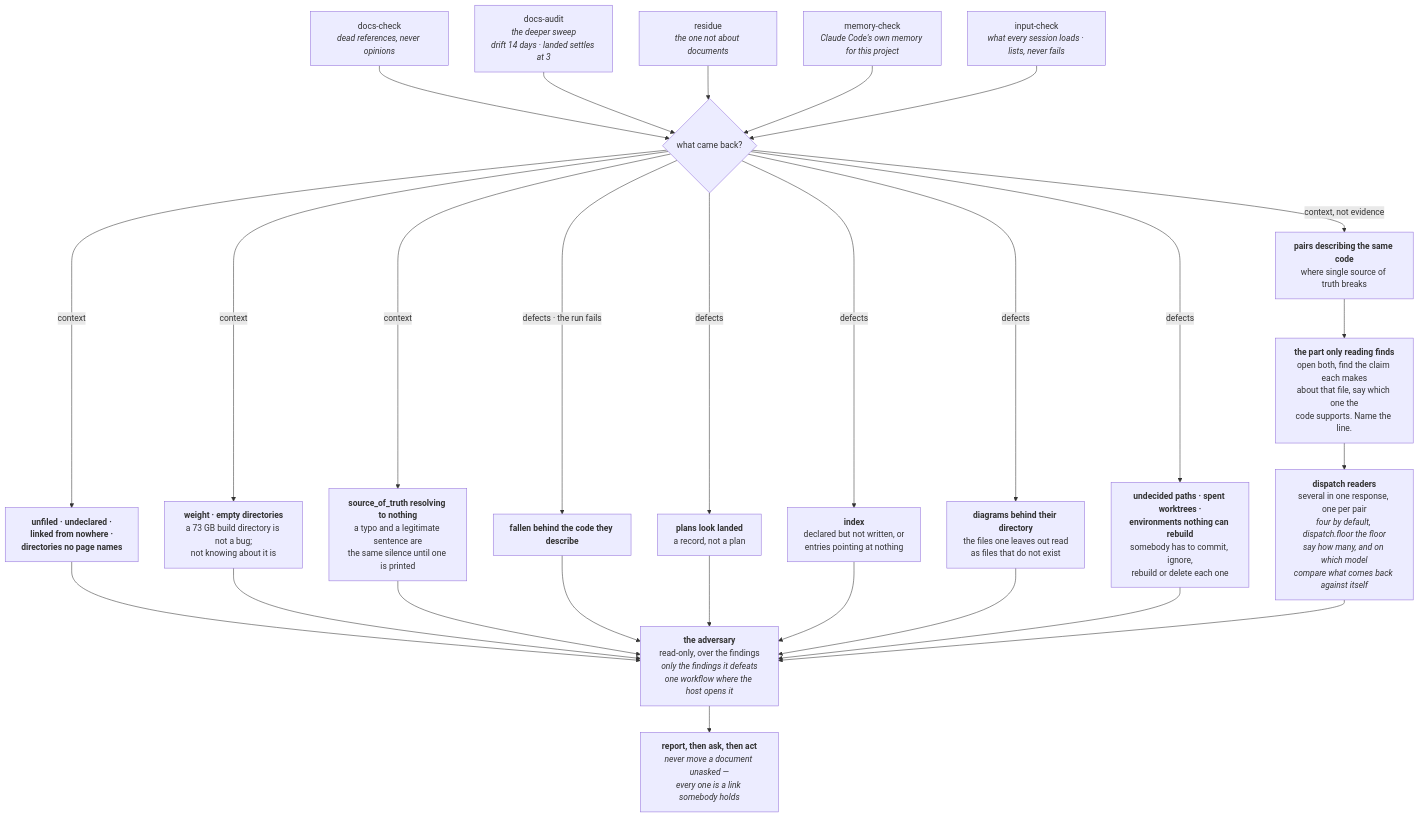
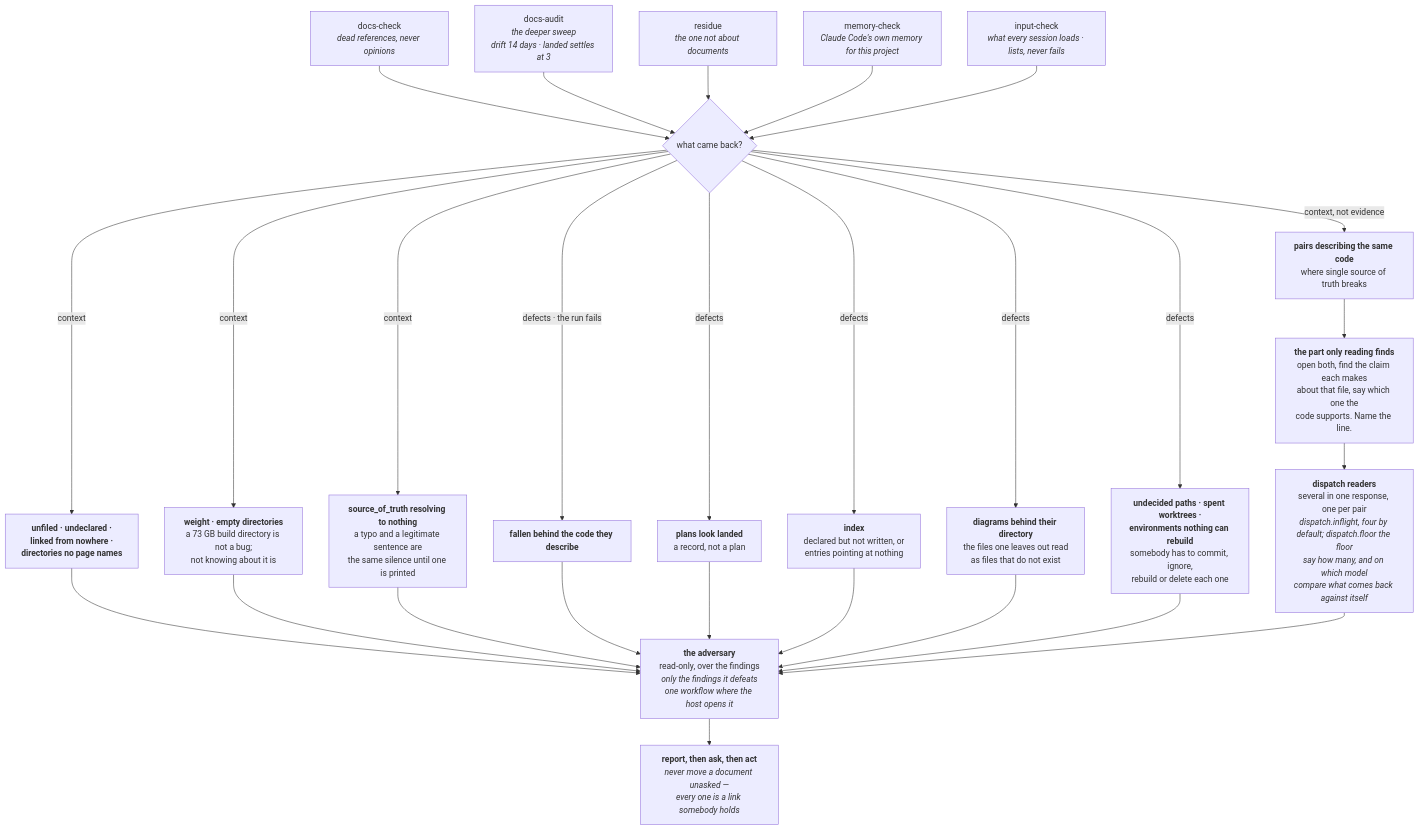
Before and after one commit to FanFantom9452/FanKeel: the seventh of 8 diagrams in docs/02-architecture/pipeline.md, drawn with Mermaid. The commit also changed other lines of this file and 18 other files, not shown here.

First line of the commit message:
feat: dispatch.inflight — how many Agent calls one response makes before asking

````diff
--- a/docs/02-architecture/pipeline.md
+++ b/docs/02-architecture/pipeline.md
@@ -698,49 +698,49 @@
 ```mermaid
 flowchart TD
     A["docs-check<br/><i>dead references, never opinions</i>"]
     B["docs-audit<br/><i>the deeper sweep<br/>drift 14 days · landed settles at 3</i>"]
     A2["residue<br/><i>the one not about documents</i>"]
     A3["memory-check<br/><i>Claude Code's own memory for this project</i>"]
     A4["input-check<br/><i>what every session loads · lists, never fails</i>"]
     C{"what came back?"}
     D1["<b>fallen behind the code they describe</b>"]
     D2["<b>plans look landed</b><br/>a record, not a plan"]
     D3["<b>index</b><br/>declared but not written, or<br/>entries pointing at nothing"]
     D4["<b>diagrams behind their directory</b><br/>the files one leaves out read<br/>as files that do not exist"]
     D5["<b>undecided paths · spent worktrees ·<br/>environments nothing can rebuild</b><br/>somebody has to commit, ignore,<br/>rebuild or delete each one"]
     E1["<b>pairs describing the same code</b><br/>where single source of truth breaks"]
     E2["<b>unfiled · undeclared ·<br/>linked from nowhere ·<br/>directories no page names</b>"]
     E3["<b>weight · empty directories</b><br/>a 73 GB build directory is not a bug;<br/>not knowing about it is"]
     E4["<b>source_of_truth resolving to nothing</b><br/>a typo and a legitimate sentence are<br/>the same silence until one is printed"]
     F["<b>the part only reading finds</b><br/>open both, find the claim each makes<br/>about that file, say which one the<br/>code supports. Name the line."]
-    F1["<b>dispatch readers</b><br/>several in one response, one per pair<br/><i>four by default, dispatch.floor the floor</i><br/><i>say how many, and on which model</i><br/><i>compare what comes back against itself</i>"]
+    F1["<b>dispatch readers</b><br/>several in one response, one per pair<br/><i>dispatch.inflight, four by default; dispatch.floor the floor</i><br/><i>say how many, and on which model</i><br/><i>compare what comes back against itself</i>"]
     F2["<b>the adversary</b><br/>read-only, over the findings<br/><i>only the findings it defeats</i><br/><i>one workflow where the host opens it</i>"]
     G["<b>report, then ask, then act</b><br/><i>never move a document unasked —<br/>every one is a link somebody holds</i>"]
 
     A --> C
     B --> C
     A2 --> C
     A3 --> C
     A4 --> C
     C -- "defects · the run fails" --> D1
     C -- "defects" --> D2
     C -- "defects" --> D3
     C -- "defects" --> D4
     C -- "defects" --> D5
     C -- "context, not evidence" --> E1
     C -- "context" --> E2
     C -- "context" --> E3
     C -- "context" --> E4
     E1 --> F
     E2 --> F2
     E3 --> F2
     E4 --> F2
     D1 --> F2
     D2 --> F2
     D3 --> F2
     D4 --> F2
     D5 --> F2
     F --> F1
     F1 --> F2
     F2 --> G
 ```
````
